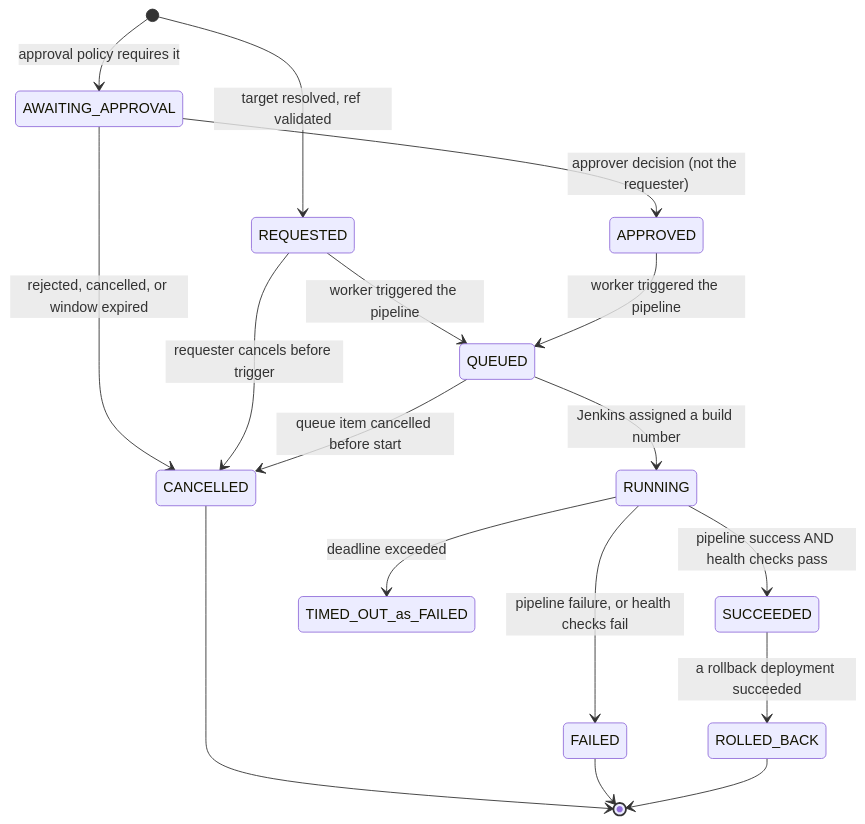
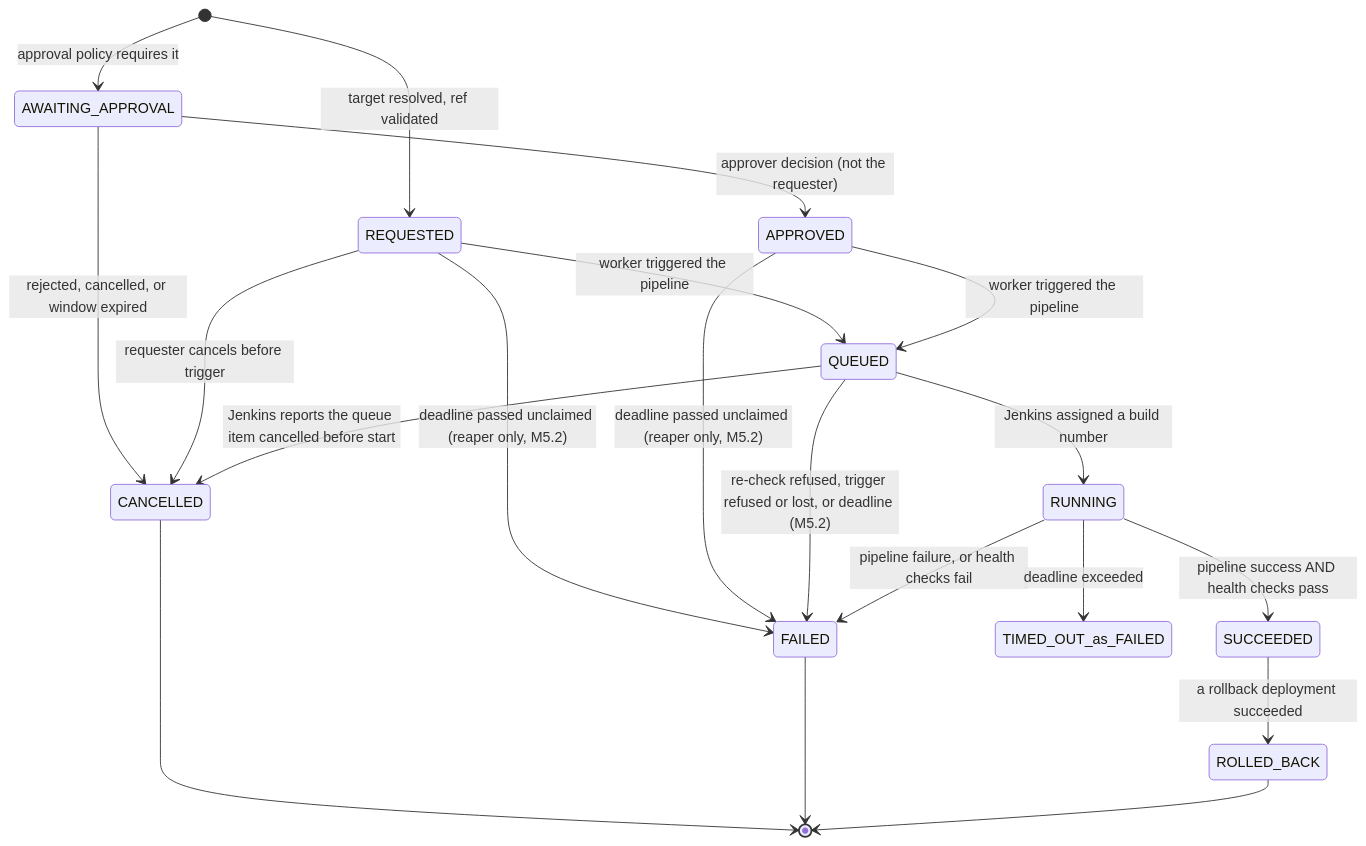
One commit to Sanjay0629/devops-dashboard changed the ninth of 14 diagrams in docs/ARCHITECTURE.md. Above: the diagram before and after it, drawn with Mermaid. The commit also changed other lines of this file and 5 other files, not shown here.

````diff
--- a/docs/ARCHITECTURE.md
+++ b/docs/ARCHITECTURE.md
@@ -479,19 +479,22 @@
 ```mermaid
 stateDiagram-v2
     [*] --> REQUESTED: target resolved, ref validated
     [*] --> AWAITING_APPROVAL: approval policy requires it
     AWAITING_APPROVAL --> APPROVED: approver decision (not the requester)
     AWAITING_APPROVAL --> CANCELLED: rejected, cancelled, or window expired
     REQUESTED --> QUEUED: worker triggered the pipeline
     APPROVED --> QUEUED: worker triggered the pipeline
     REQUESTED --> CANCELLED: requester cancels before trigger
     QUEUED --> RUNNING: Jenkins assigned a build number
-    QUEUED --> CANCELLED: queue item cancelled before start
+    QUEUED --> CANCELLED: Jenkins reports the queue item cancelled before start
+    REQUESTED --> FAILED: deadline passed unclaimed (reaper only, M5.2)
+    APPROVED --> FAILED: deadline passed unclaimed (reaper only, M5.2)
+    QUEUED --> FAILED: re-check refused, trigger refused or lost, or deadline (M5.2)
     RUNNING --> SUCCEEDED: pipeline success AND health checks pass
     RUNNING --> FAILED: pipeline failure, or health checks fail
     RUNNING --> TIMED_OUT_as_FAILED: deadline exceeded
     SUCCEEDED --> ROLLED_BACK: a rollback deployment succeeded
     CANCELLED --> [*]
     FAILED --> [*]
     ROLLED_BACK --> [*]
 ```
````
